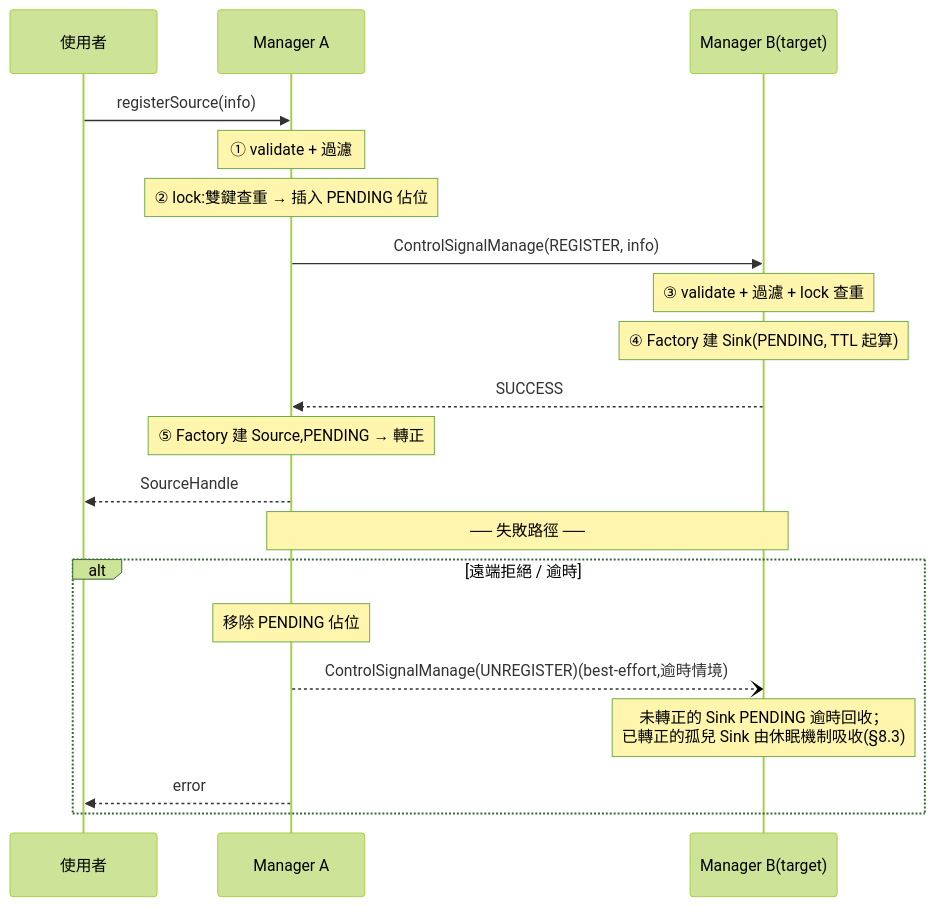
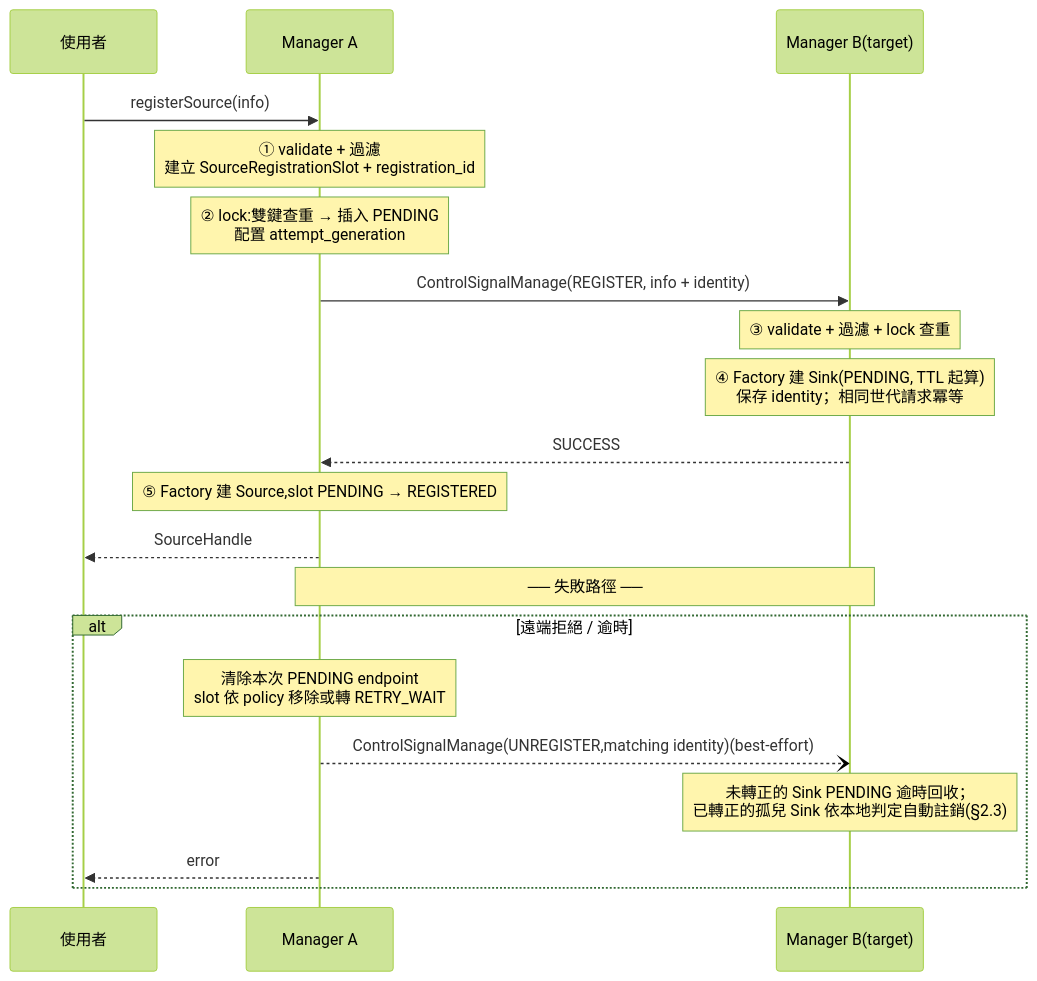
The sixth of 43 diagrams in r1_design_draft.md (cocobird231/rv2_project), drawn with Mermaid (forest theme) before and after one commit. The commit also changed other lines of this file and 1 other file, not shown here.

````diff
--- a/r1_design_draft.md
+++ b/r1_design_draft.md
@@ -333,24 +396,24 @@
 ```mermaid
 sequenceDiagram
     participant U as 使用者
     participant MA as Manager A
     participant MB as Manager B(target)
 
     U->>MA: registerSource(info)
-    Note over MA: ① validate + 過濾
-    Note over MA: ② lock:雙鍵查重 → 插入 PENDING 佔位
-    MA->>MB: ControlSignalManage(REGISTER, info)
+    Note over MA: ① validate + 過濾<br/>建立 SourceRegistrationSlot + registration_id
+    Note over MA: ② lock:雙鍵查重 → 插入 PENDING<br/>配置 attempt_generation
+    MA->>MB: ControlSignalManage(REGISTER, info + identity)
     Note over MB: ③ validate + 過濾 + lock 查重
-    Note over MB: ④ Factory 建 Sink(PENDING, TTL 起算)
+    Note over MB: ④ Factory 建 Sink(PENDING, TTL 起算)<br/>保存 identity；相同世代請求冪等
     MB-->>MA: SUCCESS
-    Note over MA: ⑤ Factory 建 Source,PENDING → 轉正
+    Note over MA: ⑤ Factory 建 Source,slot PENDING → REGISTERED
     MA-->>U: SourceHandle
 
     Note over MA,MB: ── 失敗路徑 ──
     alt 遠端拒絕 / 逾時
-        Note over MA: 移除 PENDING 佔位
-        MA--)MB: ControlSignalManage(UNREGISTER)(best-effort,逾時情境)
-        Note over MB: 未轉正的 Sink PENDING 逾時回收；<br/>已轉正的孤兒 Sink 由休眠機制吸收(§8.3)
+        Note over MA: 清除本次 PENDING endpoint<br/>slot 依 policy 移除或轉 RETRY_WAIT
+        MA--)MB: ControlSignalManage(UNREGISTER,matching identity)(best-effort)
+        Note over MB: 未轉正的 Sink PENDING 逾時回收；<br/>已轉正的孤兒 Sink 依本地判定自動註銷(§2.3)
         MA-->>U: error
     end
 ```
````
